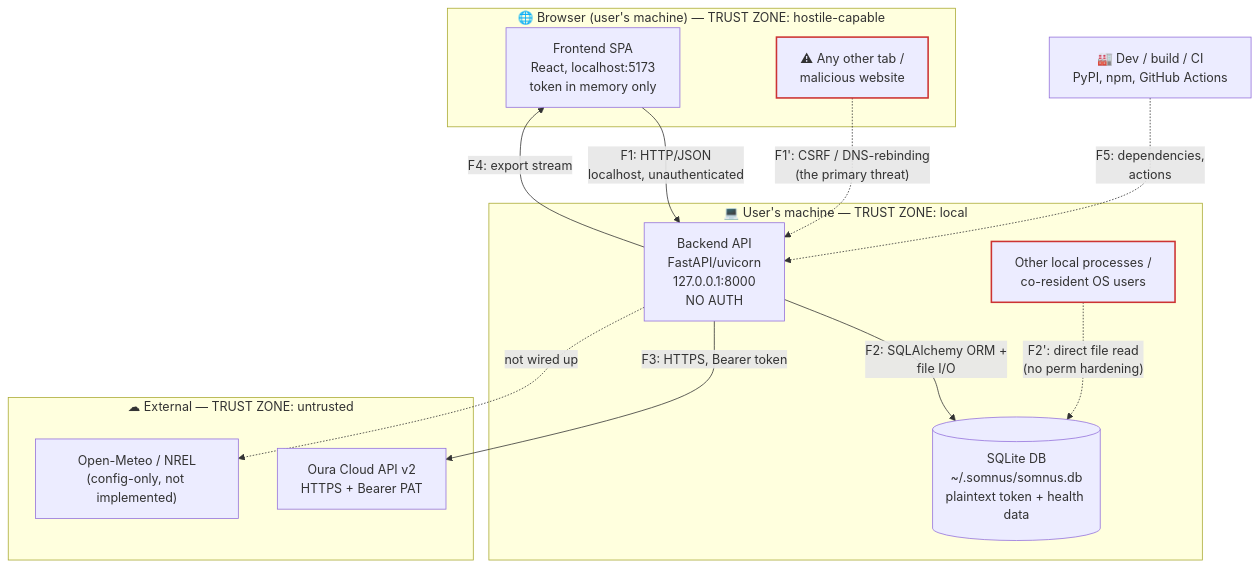
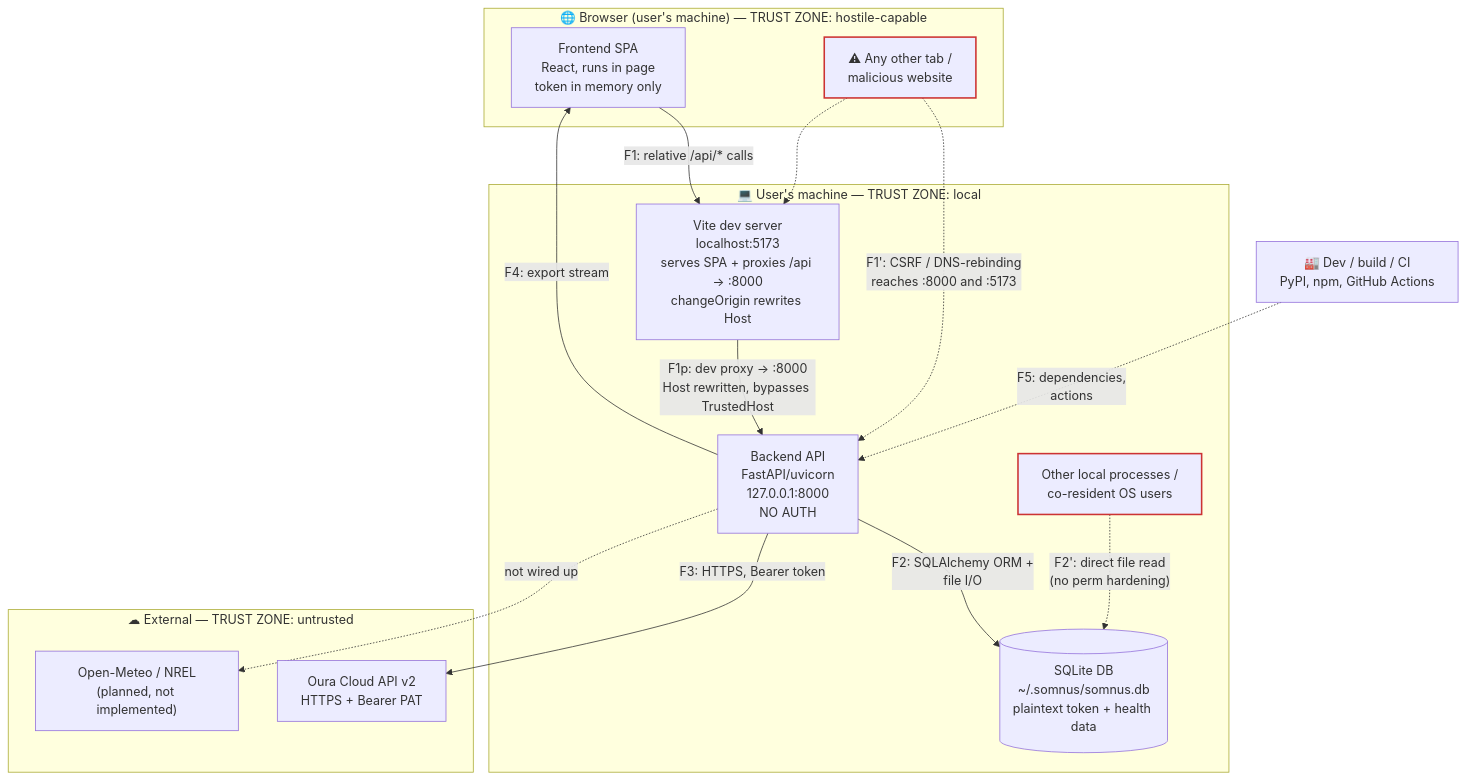
The diagram in docs/THREAT_MODEL.md (kristovatlas/somnus), drawn with Mermaid before and after one commit. The commit also changed other lines of this file and 2 other files, not shown here.

First line of the commit message:
Threat model: fix review findings (proxy ingress, XSS origin, CSRF, statuses)

````diff
--- a/docs/THREAT_MODEL.md
+++ b/docs/THREAT_MODEL.md
@@ -43,32 +43,35 @@
 ```mermaid
 flowchart TB
     subgraph browser["🌐 Browser (user's machine) — TRUST ZONE: hostile-capable"]
-        spa["Frontend SPA<br/>React, localhost:5173<br/>token in memory only"]
+        spa["Frontend SPA<br/>React, runs in page<br/>token in memory only"]
         evil["⚠ Any other tab /<br/>malicious website"]
     end
 
     subgraph host["💻 User's machine — TRUST ZONE: local"]
+        vite["Vite dev server<br/>localhost:5173<br/>serves SPA + proxies /api → :8000<br/>changeOrigin rewrites Host"]
         api["Backend API<br/>FastAPI/uvicorn<br/>127.0.0.1:8000<br/>NO AUTH"]
         db[("SQLite DB<br/>~/.somnus/somnus.db<br/>plaintext token + health data")]
         fs["Other local processes /<br/>co-resident OS users"]
     end
 
     subgraph cloud["☁ External — TRUST ZONE: untrusted"]
         oura["Oura Cloud API v2<br/>HTTPS + Bearer PAT"]
-        planned["Open-Meteo / NREL<br/>(config-only, not implemented)"]
+        planned["Open-Meteo / NREL<br/>(planned, not implemented)"]
     end
 
     supply["🏭 Dev / build / CI<br/>PyPI, npm, GitHub Actions"]
 
-    spa -->|"F1: HTTP/JSON<br/>localhost, unauthenticated"| api
-    evil -.->|"F1': CSRF / DNS-rebinding<br/>(the primary threat)"| api
+    spa -->|"F1: relative /api/* calls"| vite
+    vite -->|"F1p: dev proxy → :8000<br/>Host rewritten, bypasses TrustedHost"| api
+    evil -.->|"F1': CSRF / DNS-rebinding<br/>reaches :8000 and :5173"| api
+    evil -.-> vite
     api -->|"F2: SQLAlchemy ORM +<br/>file I/O"| db
     fs -.->|"F2': direct file read<br/>(no perm hardening)"| db
     api -->|"F3: HTTPS, Bearer token"| oura
     api -->|"F4: export stream"| spa
     api -. "not wired up" .-> planned
     supply -.->|"F5: dependencies,<br/>actions"| api
 
     classDef danger stroke:#cc3333,stroke-width:2px;
     class evil,fs danger;
 ```
````
